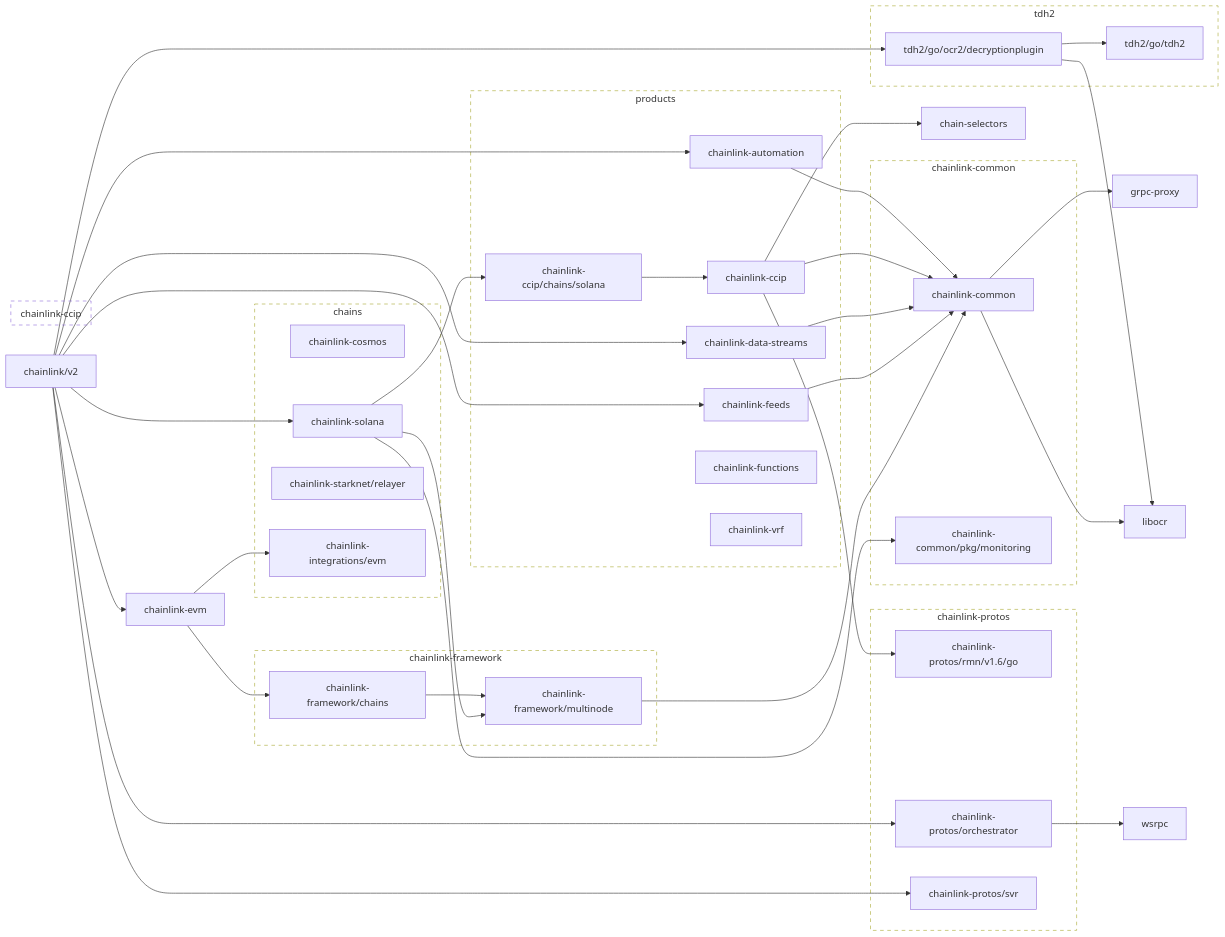
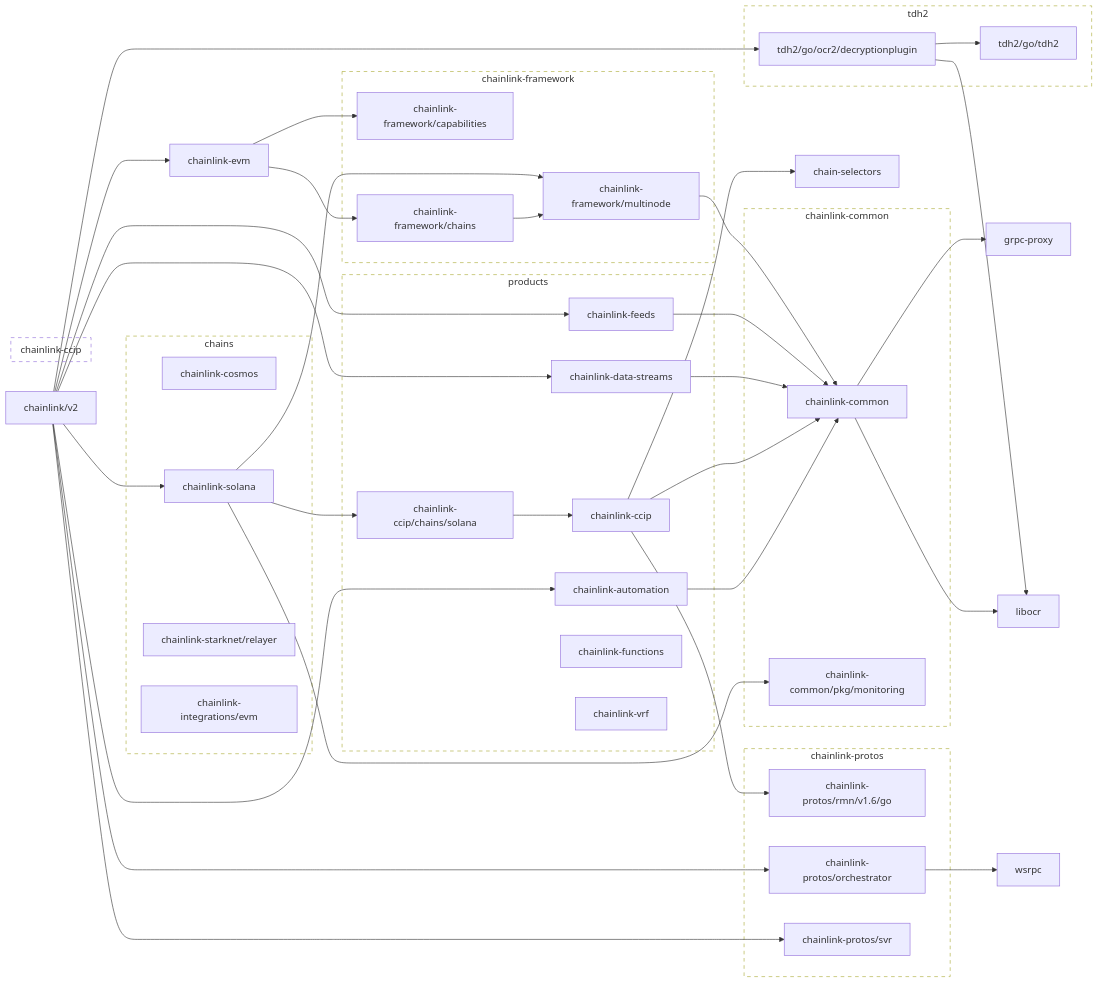
Before and after one commit to JohnDaWalka/chainlink: the first of 2 diagrams in go.md, drawn with Mermaid. The commit also changed other lines of this file and 19 other files, not shown here.

First line of the commit message:
bump chainlink-evm (#17355)

```diff
--- a/go.md
+++ b/go.md
@@ -39,17 +39,17 @@
 	click chainlink-common/pkg/monitoring href "https://github.com/smartcontractkit/chainlink-common"
 	chainlink-data-streams --> chainlink-common
 	click chainlink-data-streams href "https://github.com/smartcontractkit/chainlink-data-streams"
+	chainlink-evm --> chainlink-framework/capabilities
 	chainlink-evm --> chainlink-framework/chains
-	chainlink-evm --> chainlink-integrations/evm
 	click chainlink-evm href "https://github.com/smartcontractkit/chainlink-evm"
 	chainlink-feeds --> chainlink-common
 	click chainlink-feeds href "https://github.com/smartcontractkit/chainlink-feeds"
+	chainlink-framework/capabilities
+	click chainlink-framework/capabilities href "https://github.com/smartcontractkit/chainlink-framework"
 	chainlink-framework/chains --> chainlink-framework/multinode
 	click chainlink-framework/chains href "https://github.com/smartcontractkit/chainlink-framework"
 	chainlink-framework/multinode --> chainlink-common
 	click chainlink-framework/multinode href "https://github.com/smartcontractkit/chainlink-framework"
-	chainlink-integrations/evm
-	click chainlink-integrations/evm href "https://github.com/smartcontractkit/chainlink-integrations"
 	chainlink-protos/orchestrator --> wsrpc
 	click chainlink-protos/orchestrator href "https://github.com/smartcontractkit/chainlink-protos"
 	chainlink-protos/rmn/v1.6/go
@@ -94,6 +94,7 @@
 	click chainlink-common-repo href "https://github.com/smartcontractkit/chainlink-common"
 
 	subgraph chainlink-framework-repo[chainlink-framework]
+		 chainlink-framework/capabilities
 		 chainlink-framework/chains
 		 chainlink-framework/multinode
 	end
```
